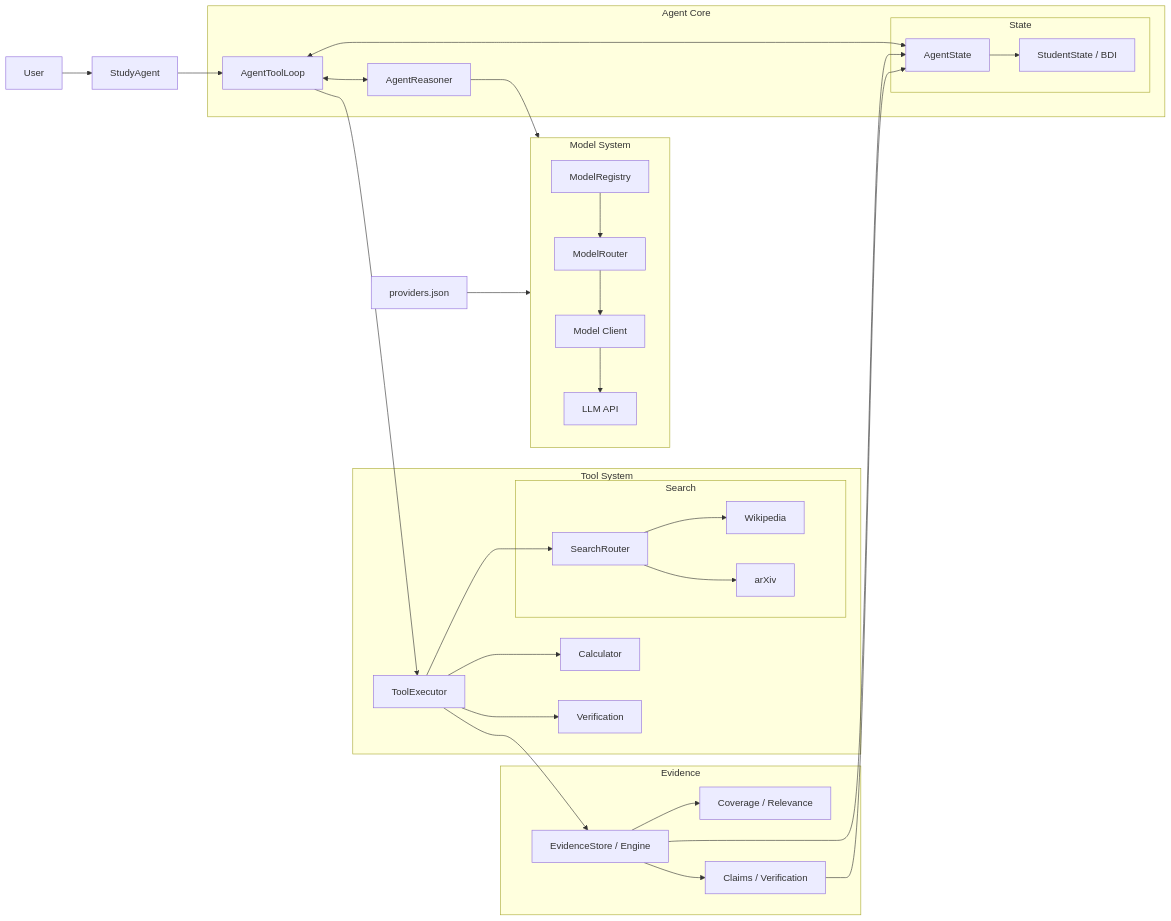
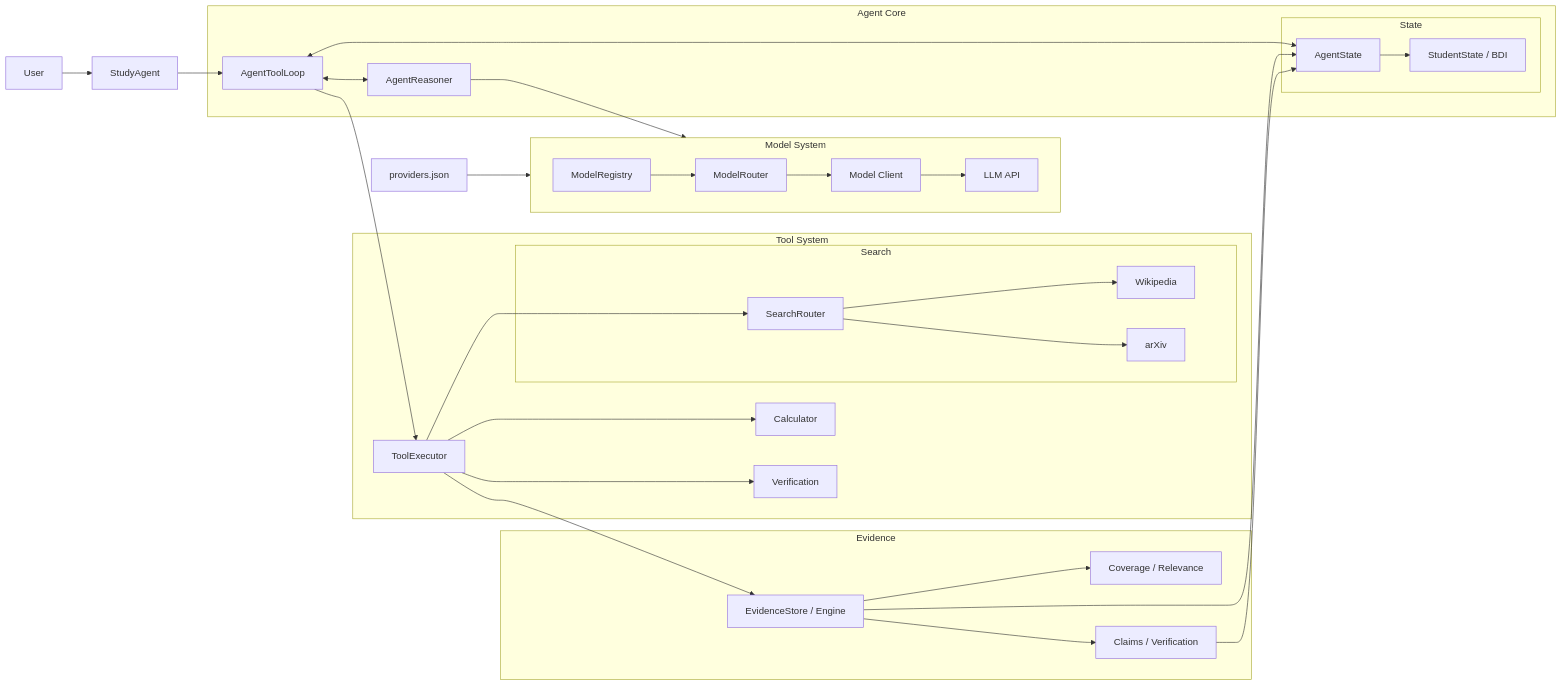
The first of 3 diagrams in README.md (Erdoschn/Study-agent), drawn with Mermaid before and after one commit.

Commit message:
docs: lay out model system horizontally

````diff
--- a/README.md
+++ b/README.md
@@ -3,54 +3,55 @@
 ```mermaid
 flowchart LR
 
     USER["User"] --> SA["StudyAgent"] --> LOOP["AgentToolLoop"]
 
     subgraph CORE["Agent Core"]
         LOOP <--> REASONER["AgentReasoner"]
 
         subgraph STATE["State"]
             AS["AgentState"]
             STUDENT["StudentState / BDI"]
             AS --> STUDENT
         end
 
         LOOP <--> AS
     end
 
     subgraph MODEL["Model System"]
+        direction LR
         REGISTRY["ModelRegistry"] --> ROUTER["ModelRouter"] --> CLIENT["Model Client"] --> LLM["LLM API"]
     end
 
     subgraph TOOLS["Tool System"]
         EXECUTOR["ToolExecutor"]
 
         subgraph SEARCH["Search"]
             SEARCH_ROUTER["SearchRouter"] --> WIKI["Wikipedia"]
             SEARCH_ROUTER --> ARXIV["arXiv"]
         end
 
         CALC["Calculator"]
         VERIFY["Verification"]
 
         EXECUTOR --> SEARCH_ROUTER
         EXECUTOR --> CALC
         EXECUTOR --> VERIFY
     end
 
     subgraph EVIDENCE["Evidence"]
         EVI["EvidenceStore / Engine"]
         COVERAGE["Coverage / Relevance"]
         CLAIM["Claims / Verification"]
 
         EVI --> COVERAGE
         EVI --> CLAIM
     end
 
     CONFIG["providers.json"] --> MODEL
 
     REASONER --> MODEL
     LOOP --> EXECUTOR
     EXECUTOR --> EVI
     EVI --> AS
     CLAIM --> AS
 ```
````
